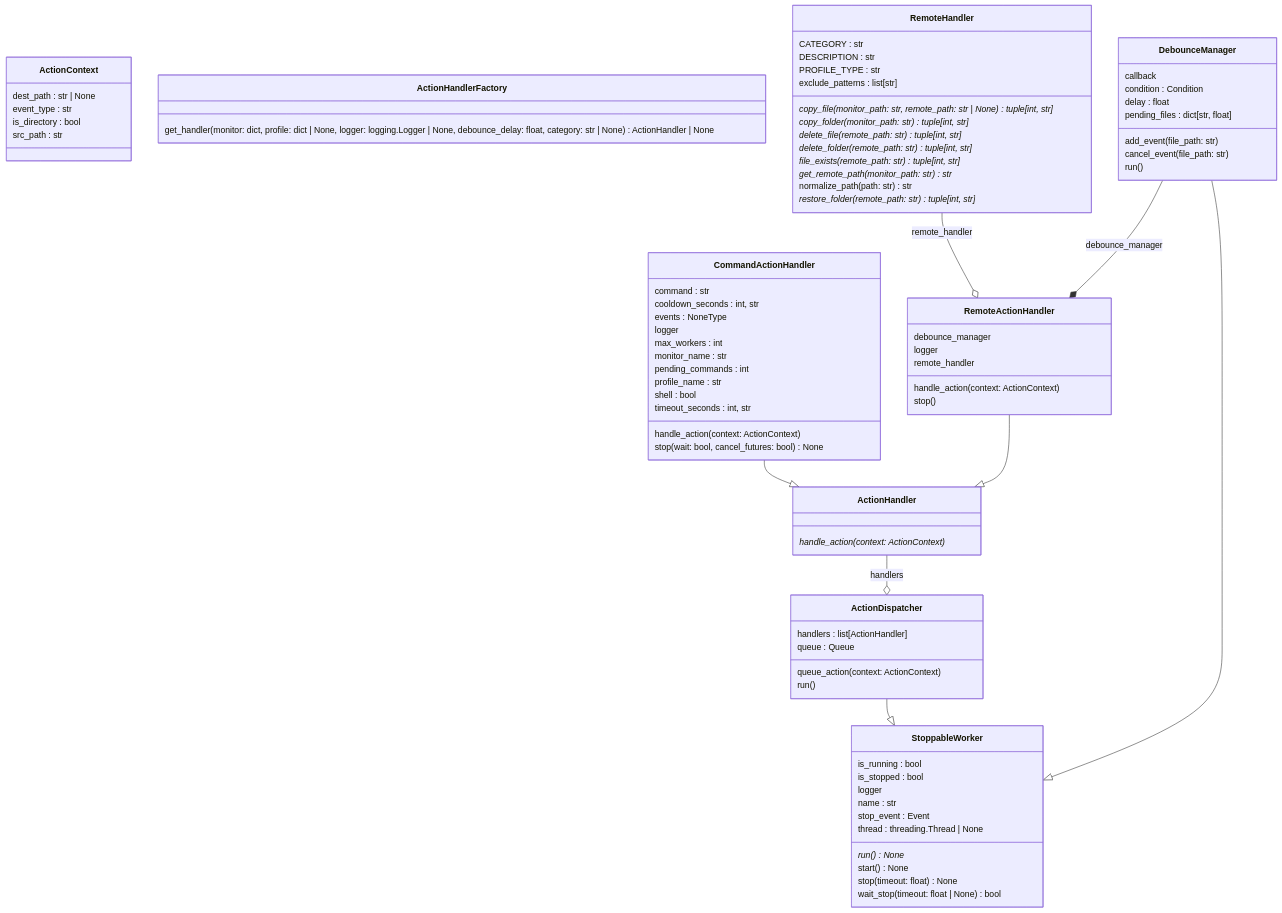
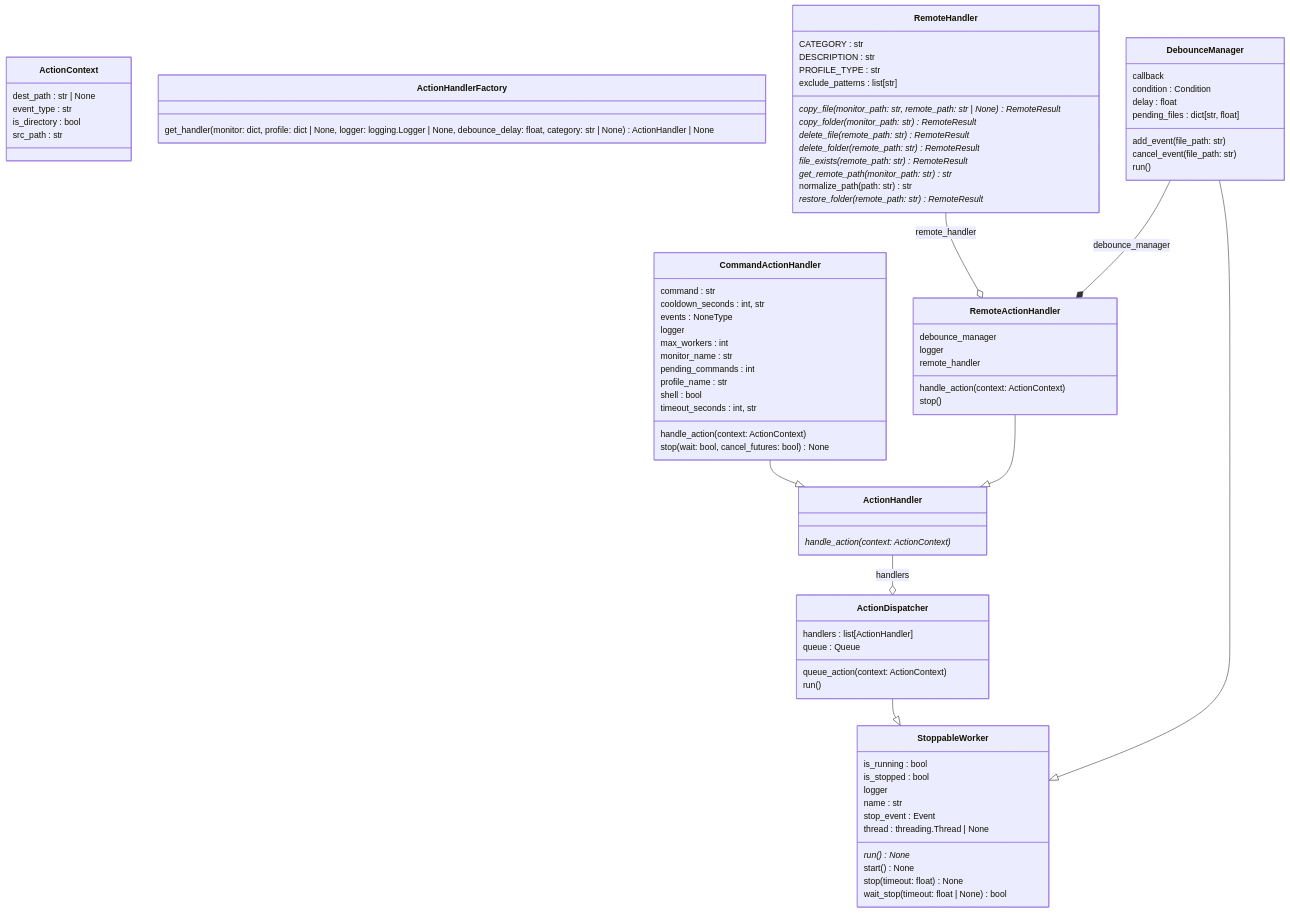
One commit to Transparent-Systems/monitorhub changed the first of 2 diagrams in ARCHITECTURE.md. Above: the diagram before and after it, drawn with Mermaid. The commit also changed 16 other files, not shown here.

Commit message:
Introduced RemoteResult for remote operations

```diff
--- a/ARCHITECTURE.md
+++ b/ARCHITECTURE.md
@@ -60,14 +60,14 @@
     DESCRIPTION : str
     PROFILE_TYPE : str
     exclude_patterns : list[str]
-    copy_file(monitor_path: str, remote_path: str | None)* tuple[int, str]
-    copy_folder(monitor_path: str)* tuple[int, str]
-    delete_file(remote_path: str)* tuple[int, str]
-    delete_folder(remote_path: str)* tuple[int, str]
-    file_exists(remote_path: str)* tuple[int, str]
+    copy_file(monitor_path: str, remote_path: str | None)* RemoteResult
+    copy_folder(monitor_path: str)* RemoteResult
+    delete_file(remote_path: str)* RemoteResult
+    delete_folder(remote_path: str)* RemoteResult
+    file_exists(remote_path: str)* RemoteResult
     get_remote_path(monitor_path: str)* str
     normalize_path(path: str) str
-    restore_folder(remote_path: str)* tuple[int, str]
+    restore_folder(remote_path: str)* RemoteResult
   }
   class StoppableWorker {
     is_running : bool
```
